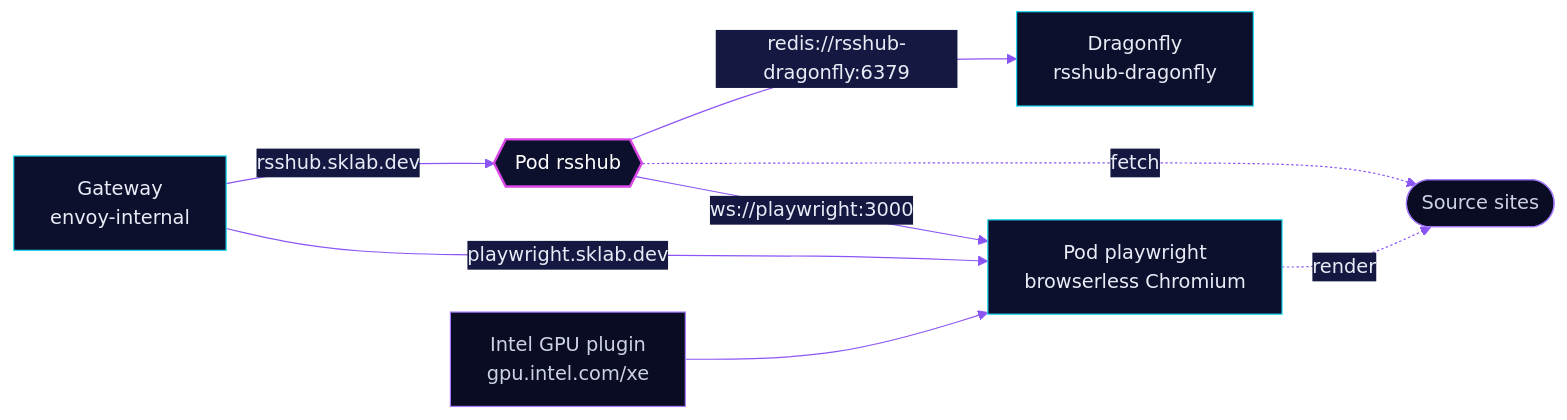
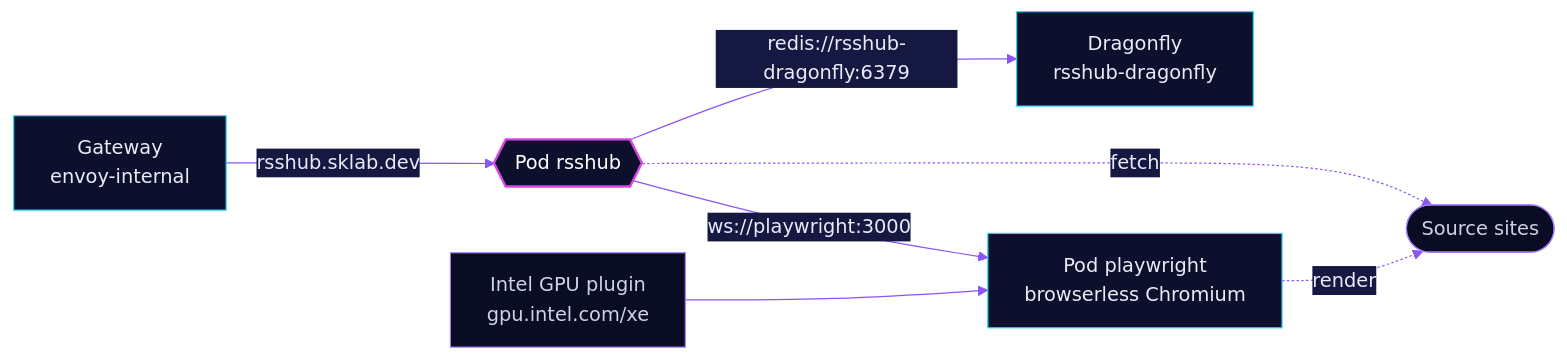
The diagram in kubernetes/apps/base/selfhosted/rsshub/README.md (skrumbach/home-ops), drawn with Mermaid before and after one commit. The commit also changed other lines of this file and 31 other files, not shown here.

````diff
--- a/kubernetes/apps/base/selfhosted/rsshub/README.md
+++ b/kubernetes/apps/base/selfhosted/rsshub/README.md
@@ -25,15 +26,14 @@
 ```mermaid
 %%{init: {'theme':'base','themeVariables':{'primaryColor':'#0D102C','primaryTextColor':'#E9ECF7','primaryBorderColor':'#22D8F0','lineColor':'#8B55F5','secondaryColor':'#151941','tertiaryColor':'#090C22','edgeLabelBackground':'#151941'}}}%%
 flowchart LR
   gw["Gateway<br/>envoy-internal"] -->|rsshub.sklab.dev| app{{"Pod rsshub"}}
   app -->|"redis://rsshub-dragonfly:6379"| df["Dragonfly<br/>rsshub-dragonfly"]
   app -->|"ws://playwright:3000"| pw["Pod playwright<br/>browserless Chromium"]
-  gw -->|playwright.sklab.dev| pw
   gpu["Intel GPU plugin<br/>gpu.intel.com/xe"] --> pw
   app -.->|fetch| web(["Source sites"])
   pw -.->|render| web
   classDef accent fill:#0D102C,stroke:#D946E6,stroke-width:2px,color:#FFFFFF
   classDef ext fill:#090C22,stroke:#A57BFF,color:#CDD2E6
   class app accent
   class web,gpu ext
 ```
````
